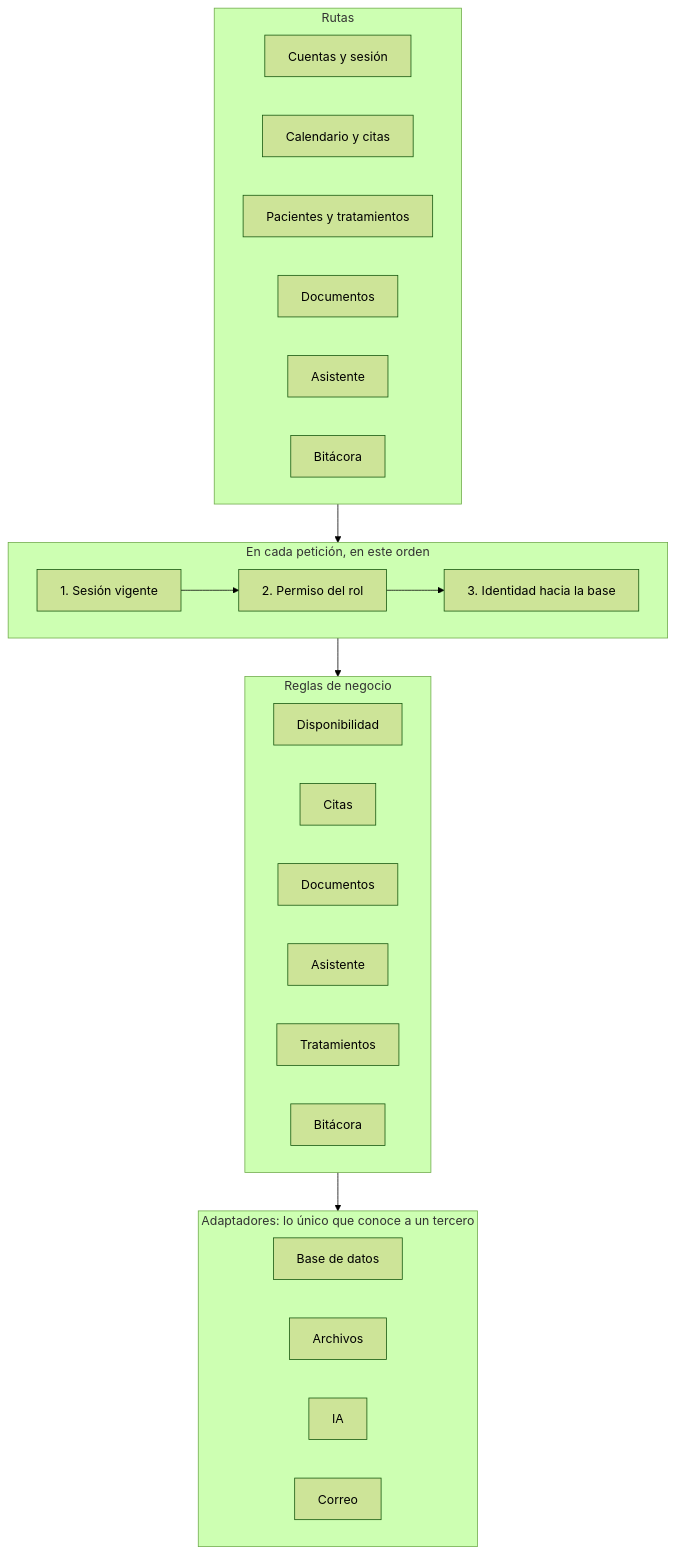
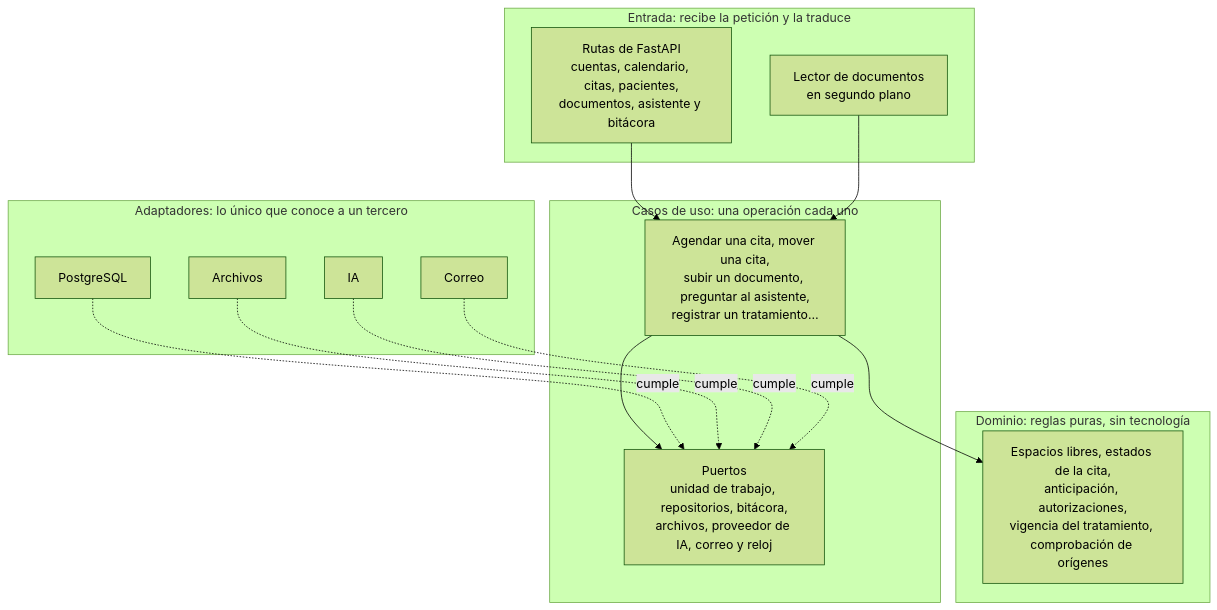
The third of 12 diagrams in diseno/06-diagramas-de-arquitectura.md (JAOSjavi/vitalia), drawn with Mermaid (forest theme) before and after one commit. The commit also changed other lines of this file and 4 other files, not shown here.

````diff
--- a/diseno/06-diagramas-de-arquitectura.md
+++ b/diseno/06-diagramas-de-arquitectura.md
@@ -63,38 +65,32 @@
 ```mermaid
 flowchart TB
-    subgraph rutas["Rutas"]
-        R1["Cuentas y sesión"]
-        R2["Calendario y citas"]
-        R3["Pacientes y tratamientos"]
-        R4["Documentos"]
-        R5["Asistente"]
-        R6["Bitácora"]
+    subgraph entrada["Entrada: recibe la petición y la traduce"]
+        R["Rutas de FastAPI<br/>cuentas, calendario, citas, pacientes,<br/>documentos, asistente y bitácora"]
+        L["Lector de documentos<br/>en segundo plano"]
     end
 
-    subgraph filtros["En cada petición, en este orden"]
-        F1["1. Sesión vigente"]
-        F2["2. Permiso del rol"]
-        F3["3. Identidad hacia la base"]
-        F1 --> F2 --> F3
+    subgraph casos["Casos de uso: una operación cada uno"]
+        C["Agendar una cita, mover una cita,<br/>subir un documento, preguntar al asistente,<br/>registrar un tratamiento…"]
+        P["Puertos<br/>unidad de trabajo, repositorios, bitácora,<br/>archivos, proveedor de IA, correo y reloj"]
     end
 
-    subgraph reglas["Reglas de negocio"]
-        S1["Disponibilidad"]
-        S2["Citas"]
-        S3["Documentos"]
-        S4["Asistente"]
-        S5["Tratamientos"]
-        S6["Bitácora"]
+    subgraph dominio["Dominio: reglas puras, sin tecnología"]
+        D["Espacios libres, estados de la cita,<br/>anticipación, autorizaciones,<br/>vigencia del tratamiento, comprobación de orígenes"]
     end
 
     subgraph adaptadores["Adaptadores: lo único que conoce a un tercero"]
-        A1["Base de datos"]
+        A1["PostgreSQL"]
         A2["Archivos"]
         A3["IA"]
         A4["Correo"]
     end
 
-    rutas --> filtros
-    filtros --> reglas
-    reglas --> adaptadores
+    R --> C
+    L --> C
+    C --> D
+    C --> P
+    A1 -. "cumple" .-> P
+    A2 -. "cumple" .-> P
+    A3 -. "cumple" .-> P
+    A4 -. "cumple" .-> P
 ```
````
